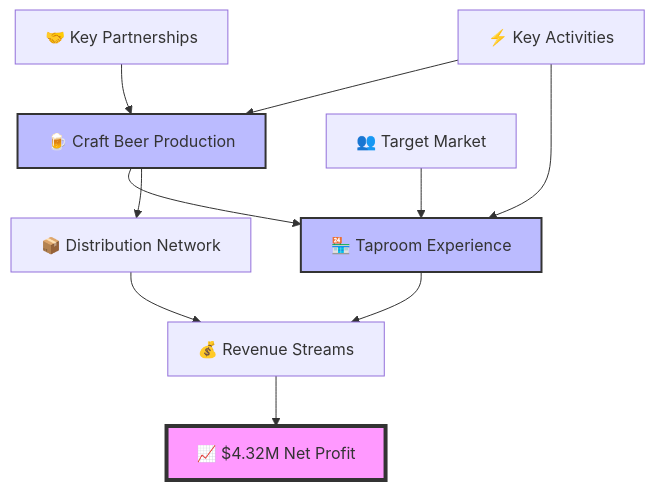
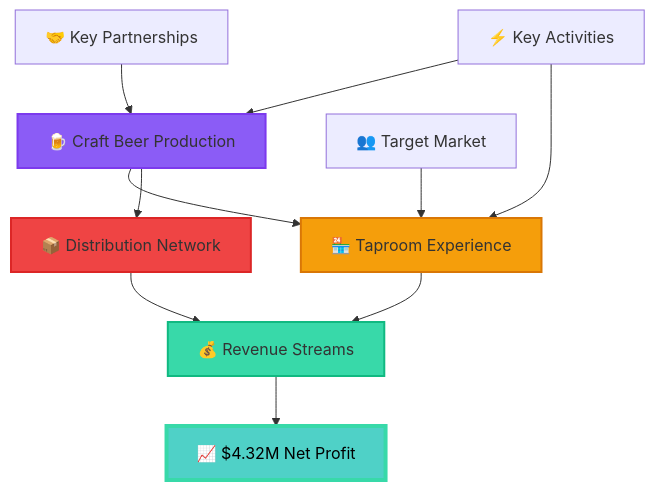
Before and after one commit to 17vidhisharma/beer-simulation-project: the diagram in README.md, drawn with Mermaid. The commit also changed other lines of this file, not shown here.

````diff
--- a/README.md
+++ b/README.md
@@ -142,17 +153,19 @@
 ```mermaid
 graph TD
     A[🍺 Craft Beer Production] --> B[🏪 Taproom Experience]
     A --> C[📦 Distribution Network]
     B --> D[💰 Revenue Streams]
     C --> D
     D --> E[📈 $4.32M Net Profit]
     
     F[👥 Target Market] --> B
     G[🤝 Key Partnerships] --> A
     H[⚡ Key Activities] --> A
     H --> B
     
-    style E fill:#f9f,stroke:#333,stroke-width:4px
-    style A fill:#bbf,stroke:#333,stroke-width:2px
-    style B fill:#bbf,stroke:#333,stroke-width:2px
+    style E fill:#4FD1C7,stroke:#38D9A9,stroke-width:4px,color:#000
+    style A fill:#8B5CF6,stroke:#7C3AED,stroke-width:2px
+    style B fill:#F59E0B,stroke:#D97706,stroke-width:2px
+    style C fill:#EF4444,stroke:#DC2626,stroke-width:2px
+    style D fill:#38D9A9,stroke:#10B981,stroke-width:2px
 ```
````
